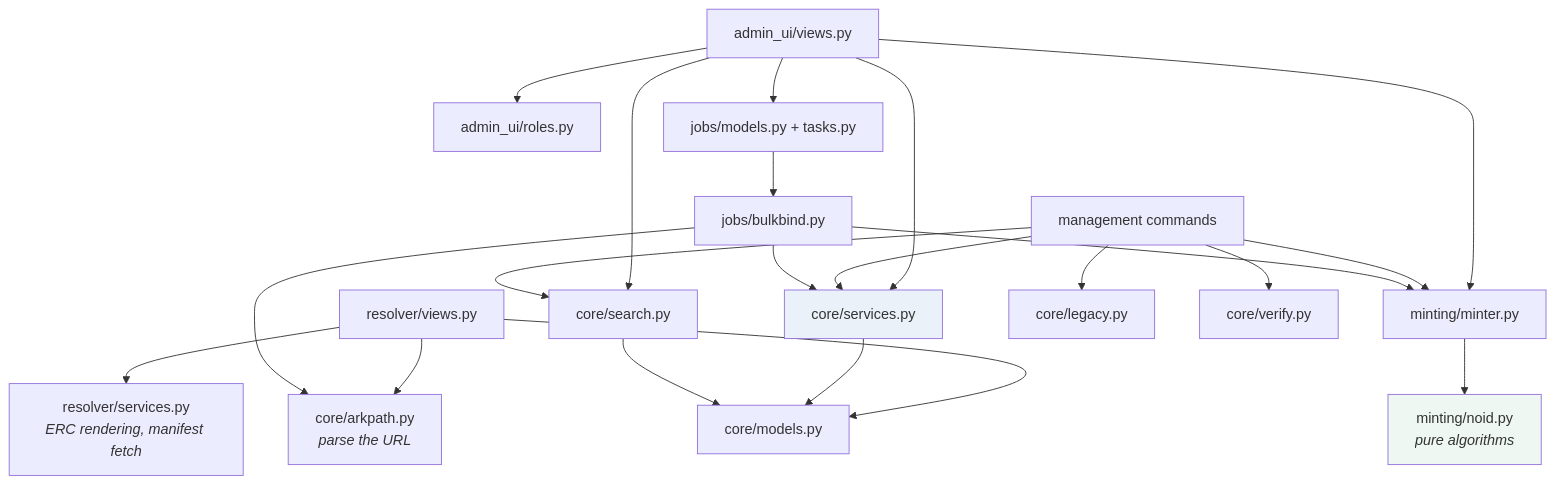
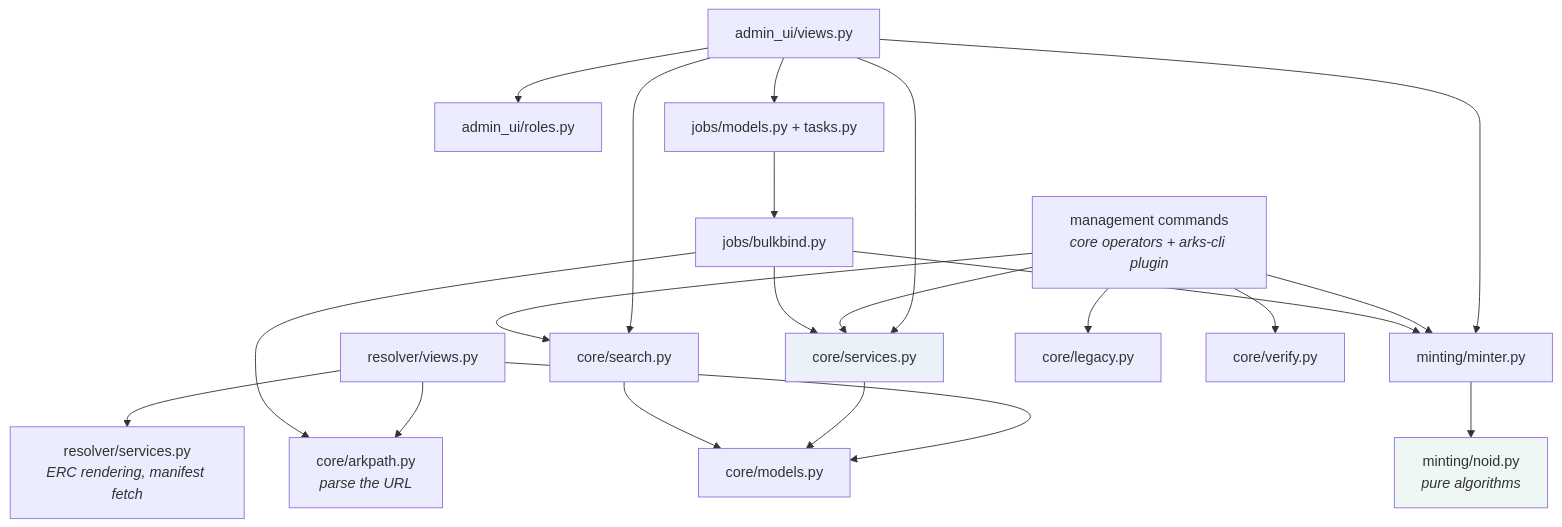
One commit to digitalutsc/arks-service changed the fourth of 11 diagrams in docs/README_EXTENDED.md. Above: the diagram before and after it, drawn with Mermaid. The commit also changed other lines of this file and 12 other files, not shown here.

````diff
--- a/docs/README_EXTENDED.md
+++ b/docs/README_EXTENDED.md
@@ -154,29 +155,29 @@
 ```mermaid
 flowchart TD
     RV["resolver/views.py"] --> AP["core/arkpath.py<br/><i>parse the URL</i>"]
     RV --> RS["resolver/services.py<br/><i>ERC rendering, manifest fetch</i>"]
     RV --> M["core/models.py"]
 
     AU["admin_ui/views.py"] --> RO["admin_ui/roles.py"]
     AU --> SV["core/services.py"]
     AU --> SE["core/search.py"]
     AU --> MI["minting/minter.py"]
     AU --> JB["jobs/models.py + tasks.py"]
 
-    CMD["management commands"] --> SV
+    CMD["management commands<br/><i>core operators + arks-cli plugin</i>"] --> SV
     CMD --> SE
     CMD --> MI
     CMD --> LG["core/legacy.py"]
     CMD --> VF["core/verify.py"]
 
     JB --> BB["jobs/bulkbind.py"]
     BB --> SV
     BB --> MI
     MI --> NO["minting/noid.py<br/><i>pure algorithms</i>"]
     SV --> M
     SE --> M
     BB --> AP
 
     style NO fill:#eef7f1
     style SV fill:#eaf1f8
 ```
````
